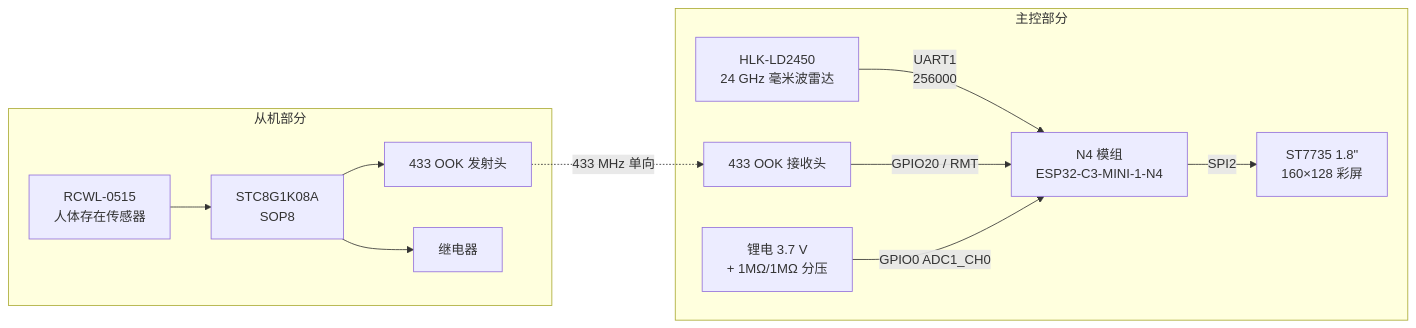
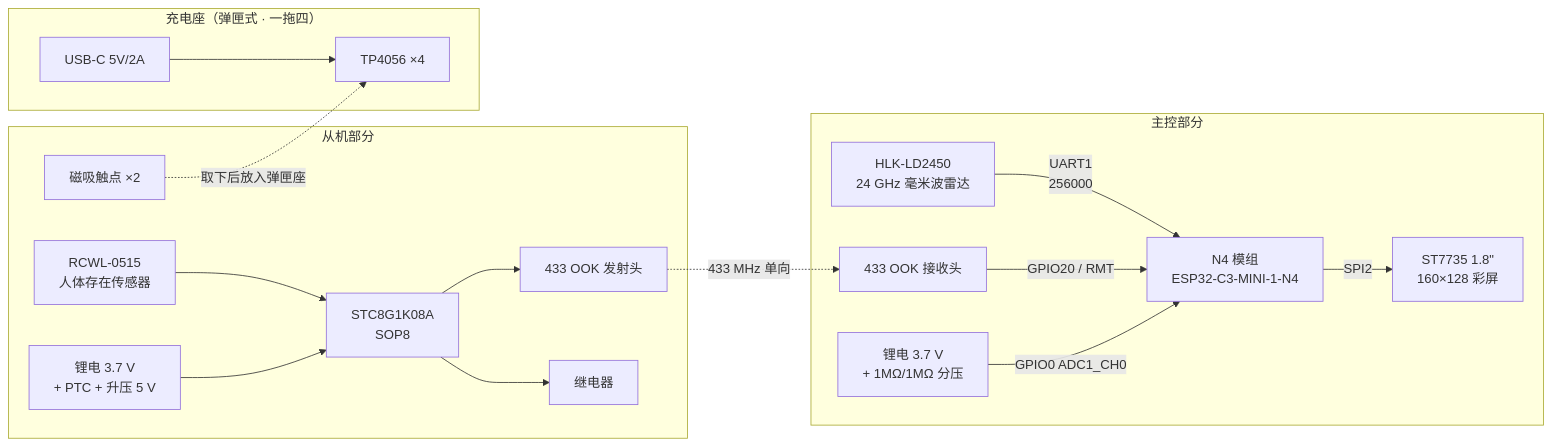
Before and after one commit to cobetckoe/HeartbeatSensor: the diagram in docs/HARDWARE.md, drawn with Mermaid. The commit also changed other lines of this file and 5 other files, not shown here.

````diff
--- a/docs/HARDWARE.md
+++ b/docs/HARDWARE.md
@@ -22,24 +23,33 @@
 ```mermaid
 graph LR
     subgraph 主控部分
         N4["N4 模组<br/>ESP32-C3-MINI-1-N4"]
         TFT["ST7735 1.8&quot;<br/>160×128 彩屏"]
         RADAR["HLK-LD2450<br/>24 GHz 毫米波雷达"]
         RX["433 OOK 接收头"]
         BATT["锂电 3.7 V<br/>+ 1MΩ/1MΩ 分压"]
     end
     subgraph 从机部分
         STC["STC8G1K08A<br/>SOP8"]
         RCWL["RCWL-0515<br/>人体存在传感器"]
         TX["433 OOK 发射头"]
         RELAY["继电器"]
+        SBAT["锂电 3.7 V<br/>+ PTC + 升压 5 V"]
+        MAG["磁吸触点 ×2"]
+    end
+    subgraph 充电座["充电座（弹匣式 · 一拖四）"]
+        TP["TP4056 ×4"]
+        USB["USB-C 5V/2A"]
     end
     RADAR -->|"UART1<br/>256000"| N4
     N4 -->|"SPI2"| TFT
     TX -.->|"433 MHz 单向"| RX
     RX -->|"GPIO20 / RMT"| N4
     RCWL --> STC
     STC --> TX
     STC --> RELAY
     BATT -->|"GPIO0 ADC1_CH0"| N4
+    SBAT --> STC
+    MAG -.->|"取下后放入弹匣座"| TP
+    USB --> TP
 ```
````
